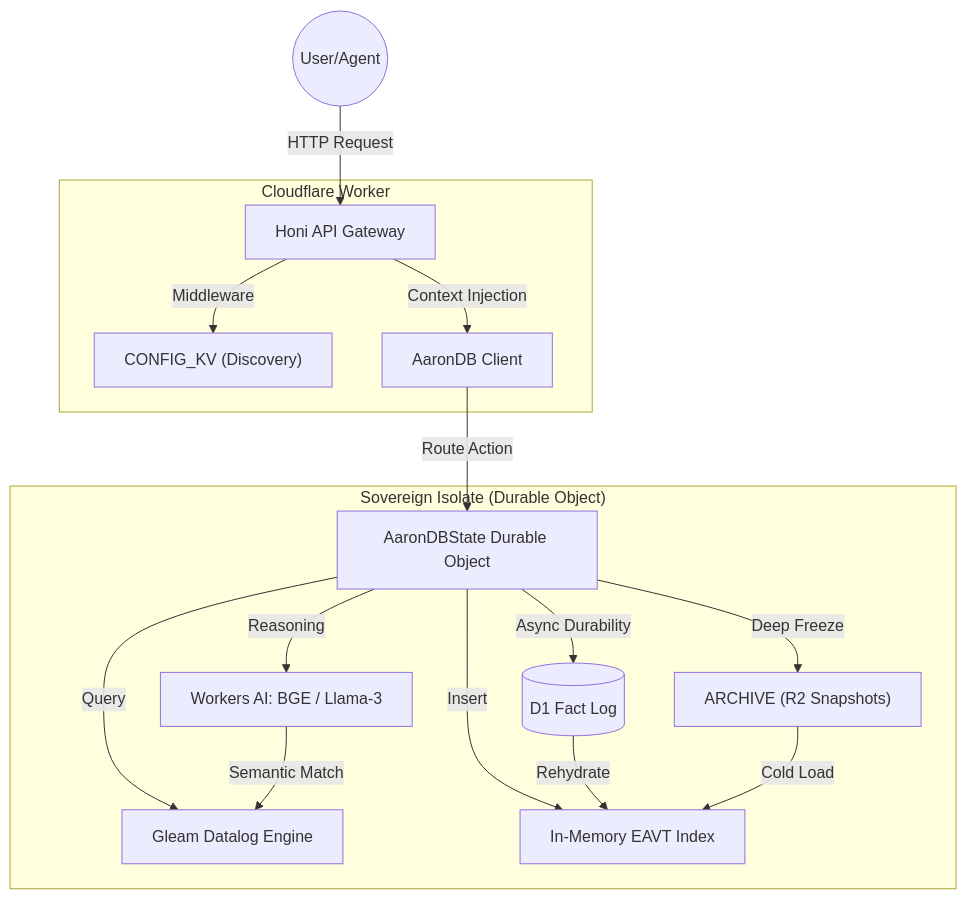
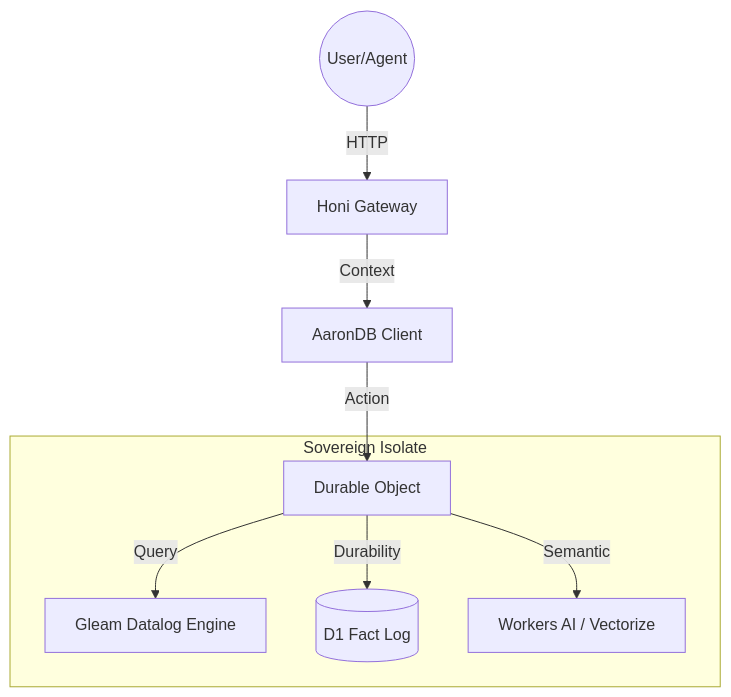
The diagram in README.md (criticalinsight/aarondb-edge), drawn with Mermaid before and after one commit. The commit also changed other lines of this file and 2 other files, not shown here.

````diff
--- a/README.md
+++ b/README.md
@@ -86,23 +88,12 @@
 ```mermaid
 graph TD
-    User((User/Agent)) -->|HTTP Request| Honi[Honi API Gateway]
+    User((User/Agent)) -->|HTTP| Honi[Honi Gateway]
+    Honi -->|Context| Client[AaronDB Client]
+    Client -->|Action| DO[Durable Object]
     
-    subgraph "Cloudflare Worker"
-        Honi -->|Middleware| KV["CONFIG_KV (Discovery)"]
-        Honi -->|Context Injection| Client[AaronDB Client]
+    subgraph "Sovereign Isolate"
+        DO -->|Query| Engine[Gleam Datalog Engine]
+        DO -->|Durability| D1[(D1 Fact Log)]
+        DO -->|Semantic| AI[Workers AI / Vectorize]
     end
-
-    Client -->|Route Action| DO[AaronDBState Durable Object]
-    
-    subgraph "Sovereign Isolate (Durable Object)"
-        DO -->|Query| Engine[Gleam Datalog Engine]
-        DO -->|Insert| MemoryIndex[In-Memory EAVT Index]
-        DO -->|Async Durability| D1[(D1 Fact Log)]
-        DO -->|Deep Freeze| R2["ARCHIVE (R2 Snapshots)"]
-        DO -->|Reasoning| AI[Workers AI: BGE / Llama-3]
-    end
-
-    AI -->|Semantic Match| Engine
-    D1 -->|Rehydrate| MemoryIndex
-    R2 -->|Cold Load| MemoryIndex
 ```
````
